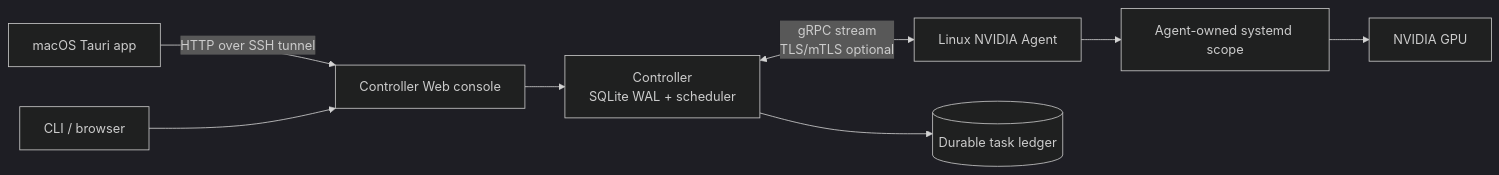
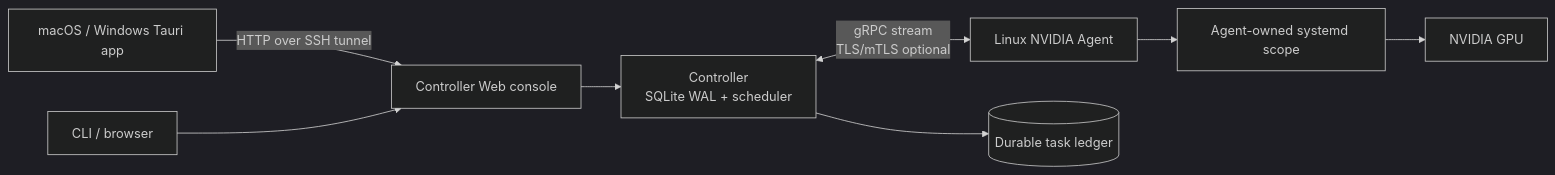
The diagram in README.md (Deep-Octopus/gpu-scavenger), drawn with Mermaid (dark theme) before and after one commit. The commit also changed other lines of this file and 5 other files, not shown here.

Commit message:
ci: publish Windows desktop installers

````diff
--- a/README.md
+++ b/README.md
@@ -50,10 +50,10 @@
 ```mermaid
 flowchart LR
-    Mac[macOS Tauri app] -->|HTTP over SSH tunnel| Web[Controller Web console]
+    Desktop[macOS / Windows Tauri app] -->|HTTP over SSH tunnel| Web[Controller Web console]
     Operator[CLI / browser] --> Web
     Web --> Controller[Controller\nSQLite WAL + scheduler]
     Controller <-->|gRPC stream\nTLS/mTLS optional| AgentA[Linux NVIDIA Agent]
     AgentA --> ScopeA[Agent-owned systemd scope]
     ScopeA --> GPU[NVIDIA GPU]
     Controller --> Queue[(Durable task ledger)]
 ```
````
